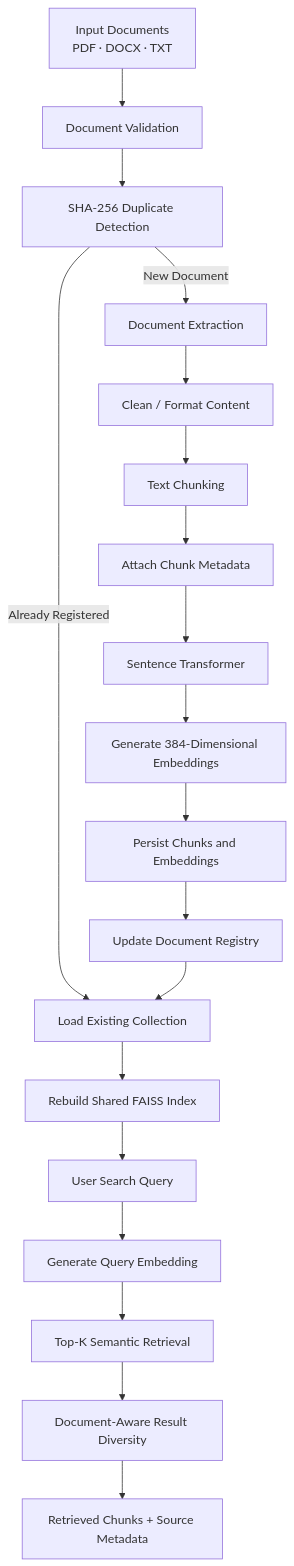
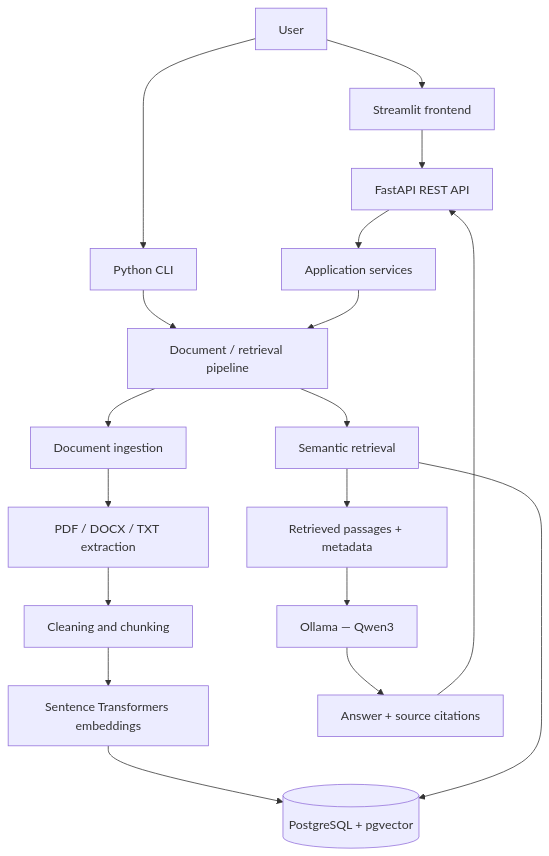
One commit to RebyTK/DocuMind changed the diagram in README.md. Above: the diagram before and after it, drawn with Mermaid. The commit also changed other lines of this file and 45 other files, not shown here.

Commit message:
Upgrade DocuMind to PostgreSQL-backed RAG application

````diff
--- a/README.md
+++ b/README.md
@@ -75,25 +25,20 @@
 ```mermaid
 flowchart TD
-    A["Input Documents<br/>PDF · DOCX · TXT"] --> B["Document Validation"]
-    B --> C["SHA-256 Duplicate Detection"]
-
-    C -->|New Document| D["Document Extraction"]
-    C -->|Already Registered| J["Load Existing Collection"]
-
-    D --> E["Clean / Format Content"]
-    E --> F["Text Chunking"]
-    F --> G["Attach Chunk Metadata"]
-    G --> H["Sentence Transformer"]
-    H --> I["Generate 384-Dimensional Embeddings"]
-
-    I --> K["Persist Chunks and Embeddings"]
-    K --> L["Update Document Registry"]
-    L --> J
-
-    J --> M["Rebuild Shared FAISS Index"]
-    M --> N["User Search Query"]
-    N --> O["Generate Query Embedding"]
-    O --> P["Top-K Semantic Retrieval"]
-    P --> Q["Document-Aware Result Diversity"]
-    Q --> R["Retrieved Chunks + Source Metadata"]
+    USER["User"] --> UI["Streamlit frontend"]
+    USER --> CLI["Python CLI"]
+    UI --> API["FastAPI REST API"]
+    API --> SVC["Application services"]
+    CLI --> CORE["Document / retrieval pipeline"]
+    SVC --> CORE
+    CORE --> ING["Document ingestion"]
+    CORE --> RET["Semantic retrieval"]
+    ING --> EXT["PDF / DOCX / TXT extraction"]
+    EXT --> CLEAN["Cleaning and chunking"]
+    CLEAN --> EMB["Sentence Transformers embeddings"]
+    EMB --> DB[("PostgreSQL + pgvector")]
+    RET --> DB
+    RET --> CTX["Retrieved passages + metadata"]
+    CTX --> OLLAMA["Ollama — Qwen3"]
+    OLLAMA --> ANSWER["Answer + source citations"]
+    ANSWER --> API
 ```
````
